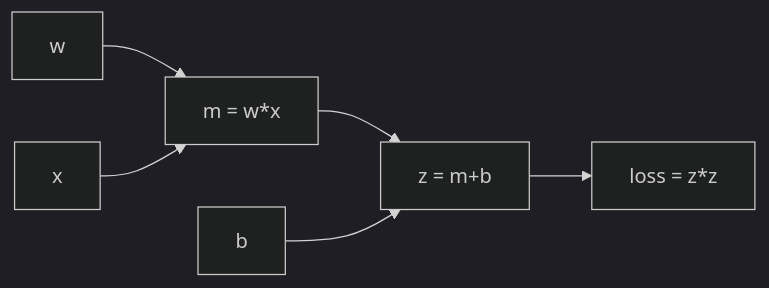
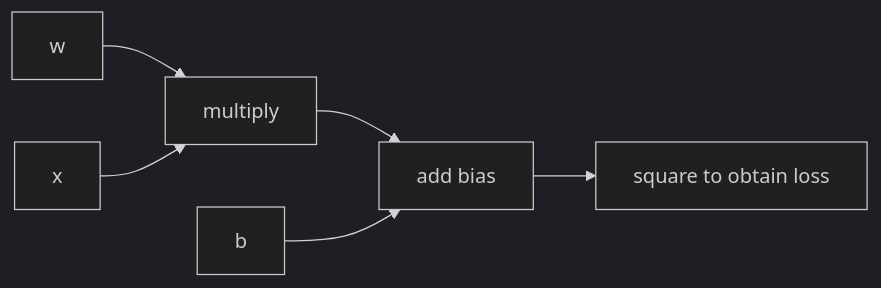
Before and after one commit to FxorG00/system-learning-notes: the second of 2 diagrams in ai_theory/T4/T4.md, drawn with Mermaid (dark theme). The commit also changed other lines of this file and 6 other files, not shown here.

````diff
--- a/ai_theory/T4/T4.md
+++ b/ai_theory/T4/T4.md
@@ -360,8 +365,8 @@
 ```mermaid
 flowchart LR
-    W[w] --> MUL[m = w*x]
+    W[w] --> MUL[multiply]
     X[x] --> MUL
-    MUL --> ADD[z = m+b]
+    MUL --> ADD[add bias]
     B[b] --> ADD
-    ADD --> SQ[loss = z*z]
+    ADD --> SQ[square to obtain loss]
 ```
````
